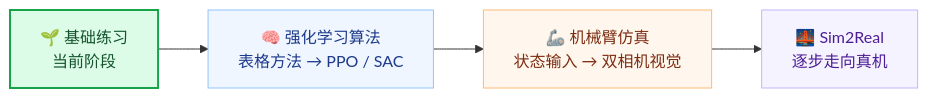
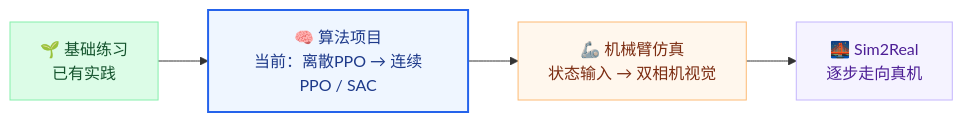
Before and after one commit to ZzxArthur/rl-learning: the diagram in README.md, drawn with Mermaid. The commit also changed other lines of this file and 8 other files, not shown here.

````diff
--- a/README.md
+++ b/README.md
@@ -50,10 +50,10 @@
 ```mermaid
 flowchart LR
-    A["🌱 基础练习<br/>当前阶段"] --> B["🧠 强化学习算法<br/>表格方法 → PPO / SAC"]
+    A["🌱 基础练习<br/>已有实践"] --> B["🧠 算法项目<br/>当前：离散PPO → 连续PPO / SAC"]
     B --> C["🦾 机械臂仿真<br/>状态输入 → 双相机视觉"]
     C --> D["🌉 Sim2Real<br/>逐步走向真机"]
-    style A fill:#DCFCE7,stroke:#16A34A,stroke-width:2px,color:#14532D
-    style B fill:#EFF6FF,stroke:#93C5FD,color:#1E3A8A
+    style A fill:#DCFCE7,stroke:#86EFAC,color:#14532D
+    style B fill:#EFF6FF,stroke:#2563EB,stroke-width:2px,color:#1E3A8A
     style C fill:#FFF7ED,stroke:#FDBA74,color:#7C2D12
     style D fill:#F5F3FF,stroke:#C4B5FD,color:#4C1D95
 ```
````
